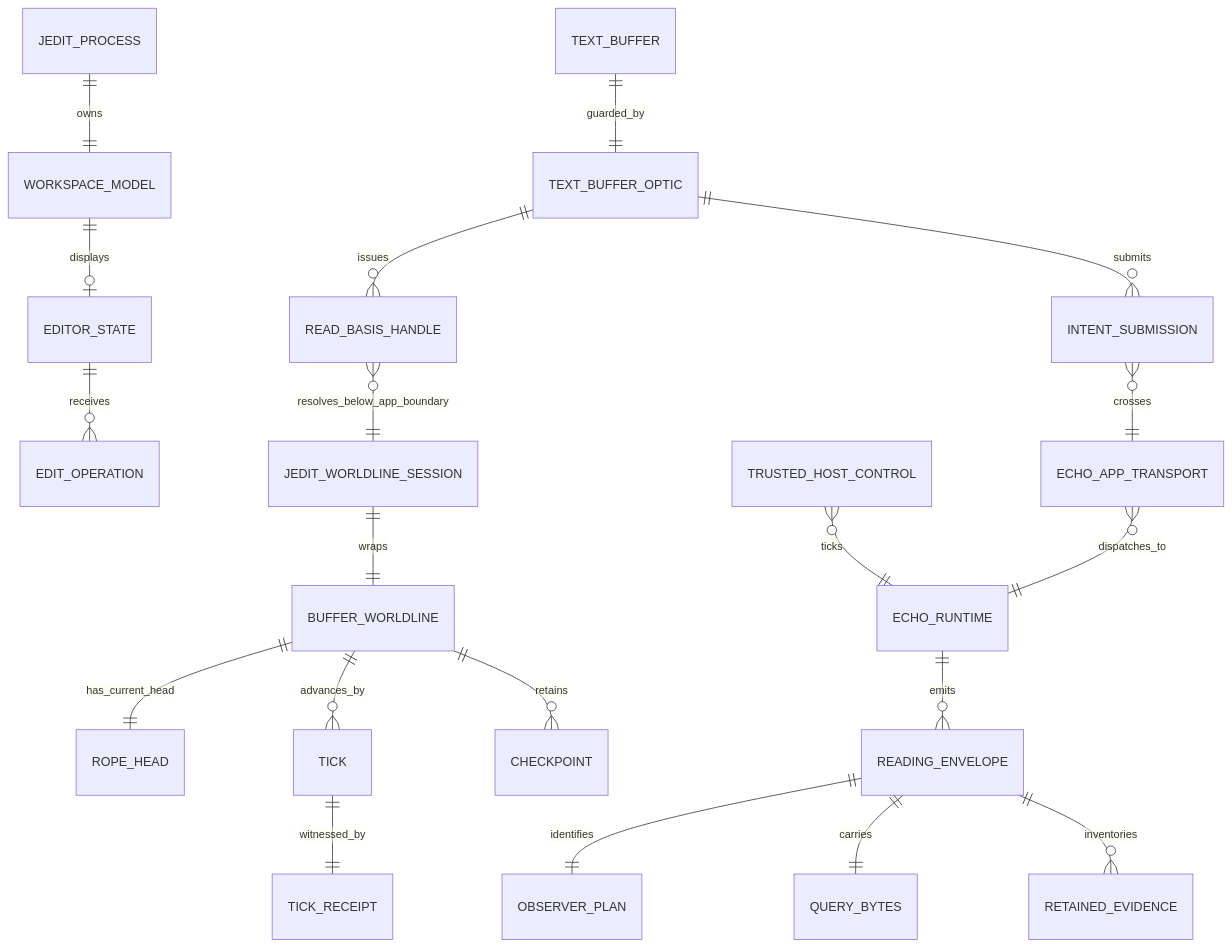
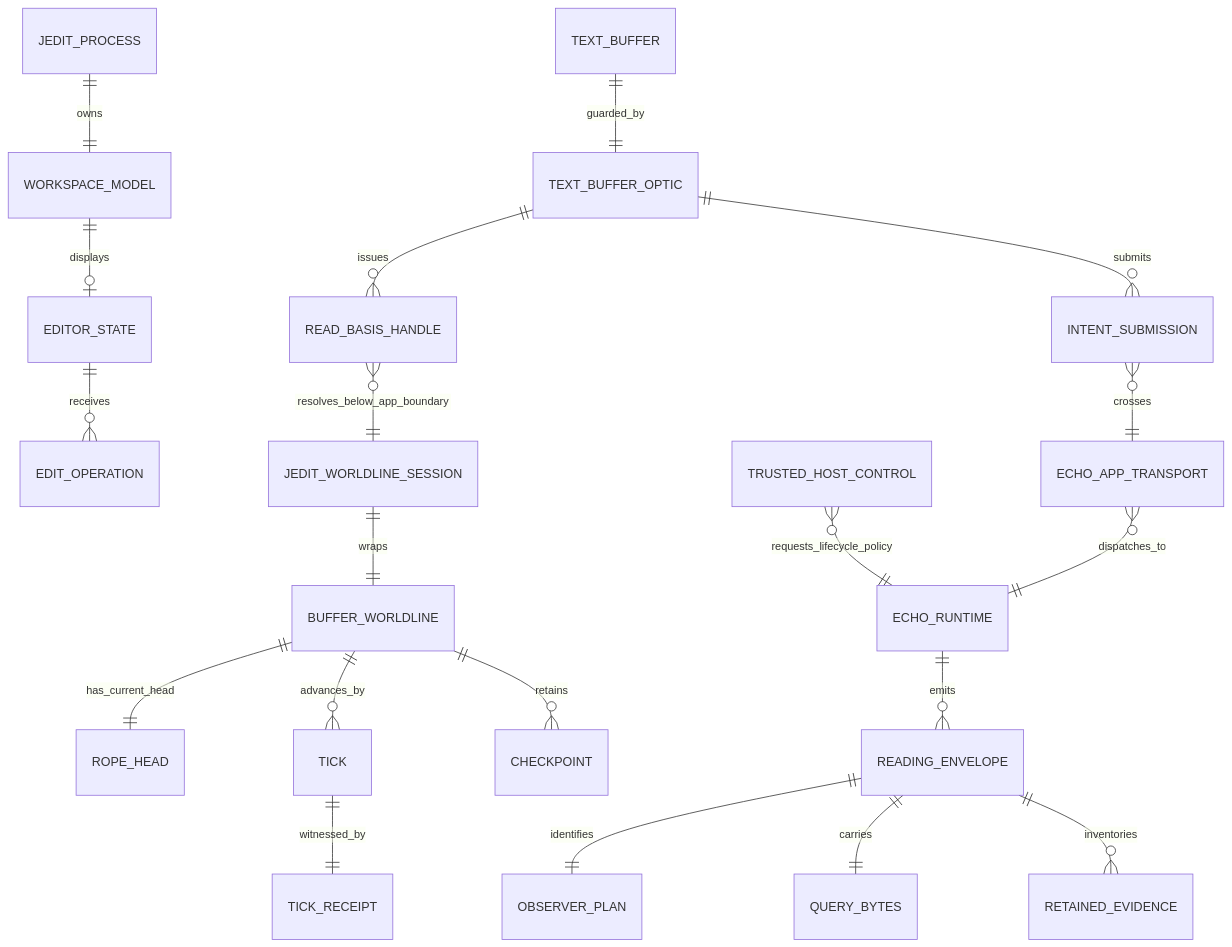
Before and after one commit to flyingrobots/jedit: the second of 12 diagrams in docs/jedit-echo-end-to-end.md, drawn with Mermaid. The commit also changed other lines of this file and 1 other file, not shown here.

Commit message:
docs: clarify Echo-owned tick authority

````diff
--- a/docs/jedit-echo-end-to-end.md
+++ b/docs/jedit-echo-end-to-end.md
@@ -203,26 +204,26 @@
 ```mermaid
 erDiagram
   JEDIT_PROCESS ||--|| WORKSPACE_MODEL : owns
   WORKSPACE_MODEL ||--o| EDITOR_STATE : displays
   EDITOR_STATE ||--o{ EDIT_OPERATION : receives
 
   TEXT_BUFFER ||--|| TEXT_BUFFER_OPTIC : guarded_by
   TEXT_BUFFER_OPTIC ||--o{ INTENT_SUBMISSION : submits
   TEXT_BUFFER_OPTIC ||--o{ READ_BASIS_HANDLE : issues
 
   READ_BASIS_HANDLE }o--|| JEDIT_WORLDLINE_SESSION : resolves_below_app_boundary
   JEDIT_WORLDLINE_SESSION ||--|| BUFFER_WORLDLINE : wraps
   BUFFER_WORLDLINE ||--|| ROPE_HEAD : has_current_head
   BUFFER_WORLDLINE ||--o{ TICK : advances_by
   TICK ||--|| TICK_RECEIPT : witnessed_by
   BUFFER_WORLDLINE ||--o{ CHECKPOINT : retains
 
   INTENT_SUBMISSION }o--|| ECHO_APP_TRANSPORT : crosses
   ECHO_APP_TRANSPORT }o--|| ECHO_RUNTIME : dispatches_to
-  TRUSTED_HOST_CONTROL }o--|| ECHO_RUNTIME : ticks
+  TRUSTED_HOST_CONTROL }o--|| ECHO_RUNTIME : requests_lifecycle_policy
   ECHO_RUNTIME ||--o{ READING_ENVELOPE : emits
 
   READING_ENVELOPE ||--|| OBSERVER_PLAN : identifies
   READING_ENVELOPE ||--|| QUERY_BYTES : carries
   READING_ENVELOPE ||--o{ RETAINED_EVIDENCE : inventories
 ```
````
